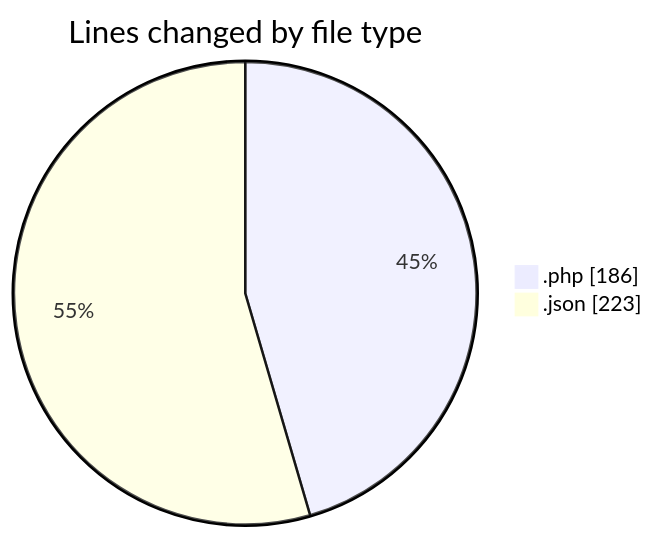
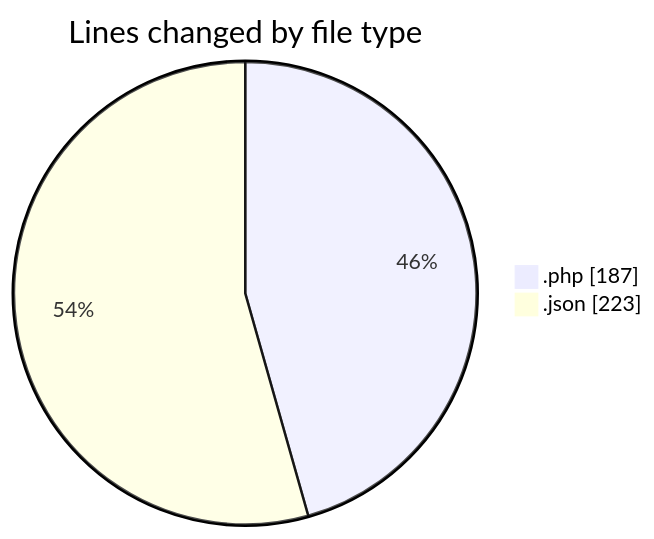
The first of 2 diagrams in 2025-03-27/autodidak/README.md (idhammustaqopulfikri/code-tracking), drawn with Mermaid before and after one commit. The commit also changed other lines of this file and 1 other file, not shown here.

````diff
--- a/2025-03-27/autodidak/README.md
+++ b/2025-03-27/autodidak/README.md
@@ -23,6 +23,6 @@
 ```mermaid
 pie showData
 title Lines changed by file type
-".php" : 186
+".php" : 187
 ".json" : 223
 ```
````
